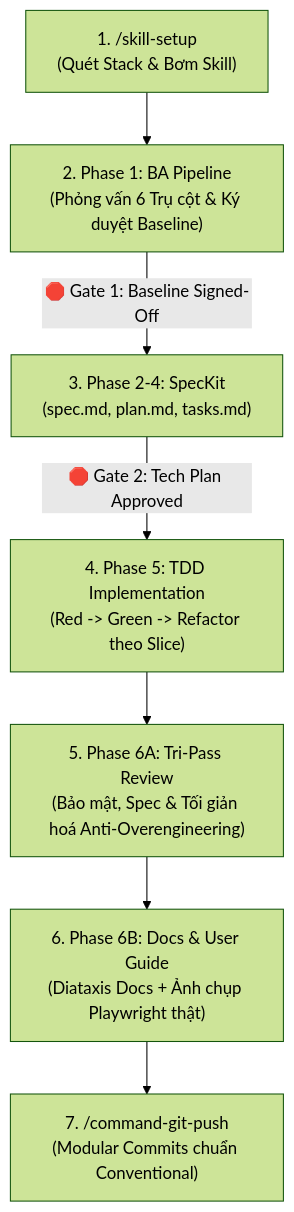
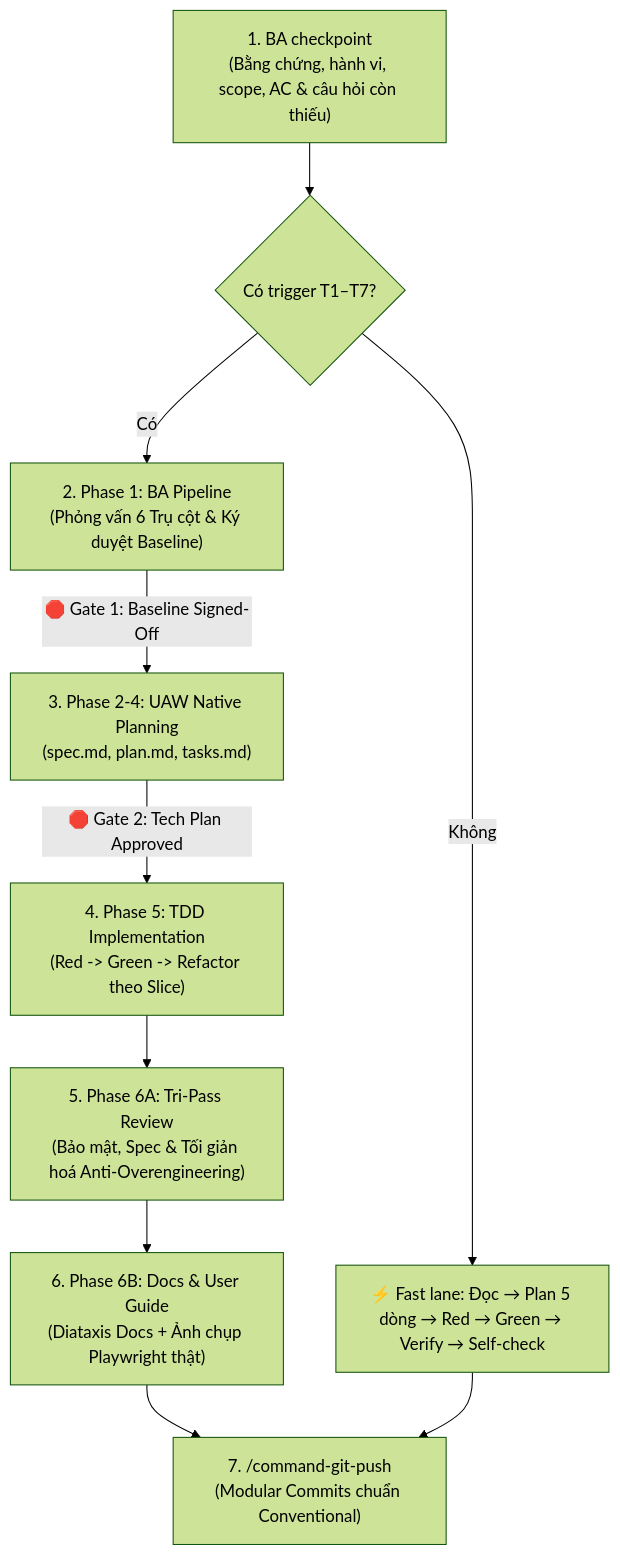
One commit to ahauy/universal-agents-workflow changed the third of 3 diagrams in README.md. Above: the diagram before and after it, drawn with Mermaid (forest theme). The commit also changed other lines of this file and 6 other files, not shown here.

````diff
--- a/README.md
+++ b/README.md
@@ -225,9 +206,12 @@
 ```mermaid
 flowchart TD
-    S1["1. /skill-setup<br/>(Quét Stack & Bơm Skill)"] --> S2["2. Phase 1: BA Pipeline<br/>(Phỏng vấn 6 Trụ cột & Ký duyệt Baseline)"]
-    S2 -->|🛑 Gate 1: Baseline Signed-Off| S3["3. Phase 2-4: SpecKit<br/>(spec.md, plan.md, tasks.md)"]
+    S1["1. BA checkpoint<br/>(Bằng chứng, hành vi, scope, AC & câu hỏi còn thiếu)"] --> L{"Có trigger T1–T7?"}
+    L -->|Không| F["⚡ Fast lane: Đọc → Plan 5 dòng → Red → Green → Verify → Self-check"]
+    L -->|Có| S2["2. Phase 1: BA Pipeline<br/>(Phỏng vấn 6 Trụ cột & Ký duyệt Baseline)"]
+    S2 -->|🛑 Gate 1: Baseline Signed-Off| S3["3. Phase 2-4: UAW Native Planning<br/>(spec.md, plan.md, tasks.md)"]
     S3 -->|🛑 Gate 2: Tech Plan Approved| S4["4. Phase 5: TDD Implementation<br/>(Red -> Green -> Refactor theo Slice)"]
     S4 --> S5["5. Phase 6A: Tri-Pass Review<br/>(Bảo mật, Spec & Tối giản hoá Anti-Overengineering)"]
     S5 --> S6["6. Phase 6B: Docs & User Guide<br/>(Diataxis Docs + Ảnh chụp Playwright thật)"]
     S6 --> S7["7. /command-git-push<br/>(Modular Commits chuẩn Conventional)"]
+    F --> S7
 ```
````
